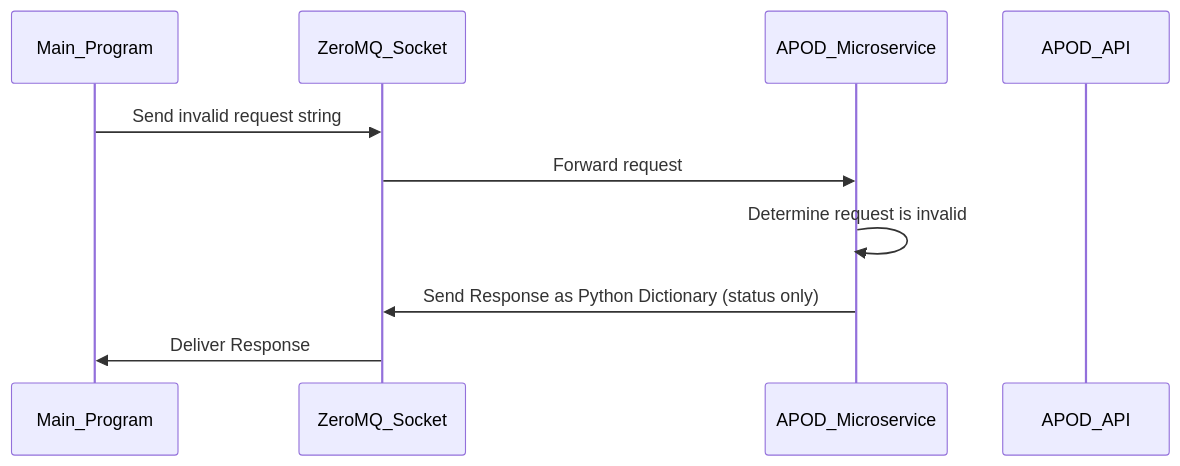
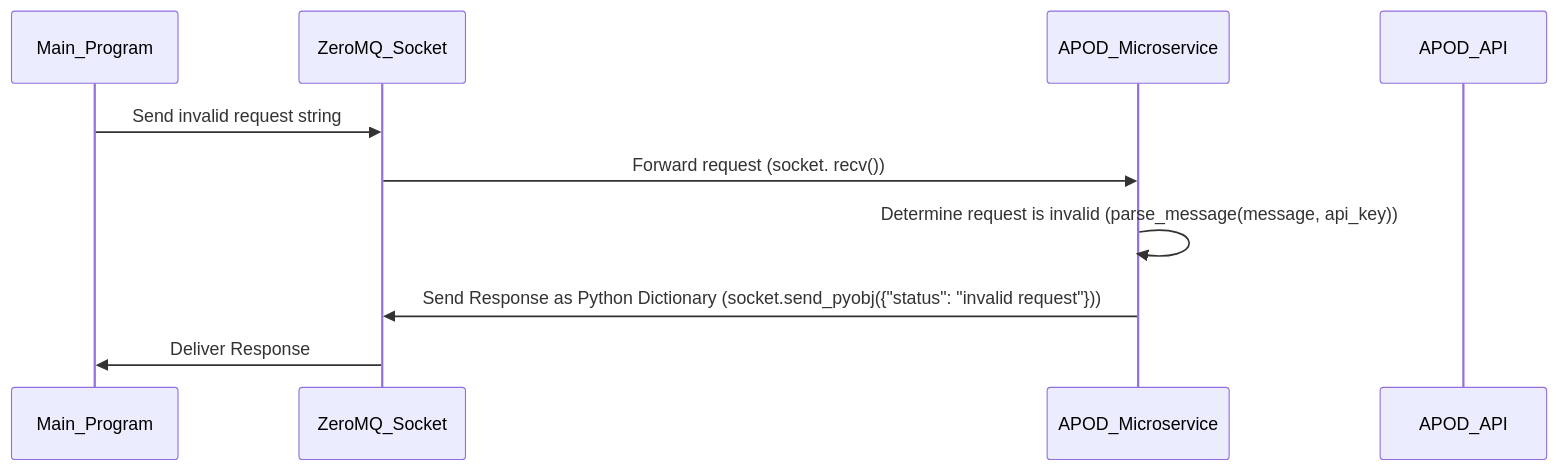
The second of 2 diagrams in README.md (mbarnestech/CS361-APOD), drawn with Mermaid before and after one commit. The commit also changed other lines of this file, not shown here.

Commit message:
Update mermaid diagram

````diff
--- a/README.md
+++ b/README.md
@@ -105,13 +106,13 @@
 ```mermaid
 sequenceDiagram
     participant Main_Program
     participant ZeroMQ_Socket
     participant APOD_Microservice
     participant APOD_API
     
     Main_Program->>ZeroMQ_Socket: Send invalid request string
-    ZeroMQ_Socket->>APOD_Microservice: Forward request
-    APOD_Microservice->>APOD_Microservice: Determine request is invalid
-    APOD_Microservice->>ZeroMQ_Socket: Send Response as Python Dictionary (status only)
+    ZeroMQ_Socket->>APOD_Microservice: Forward request (socket. recv())
+    APOD_Microservice->>APOD_Microservice: Determine request is invalid (parse_message(message, api_key))
+    APOD_Microservice->>ZeroMQ_Socket: Send Response as Python Dictionary (socket.send_pyobj({"status": "invalid request"}))
     ZeroMQ_Socket->>Main_Program: Deliver Response
 ```
````
